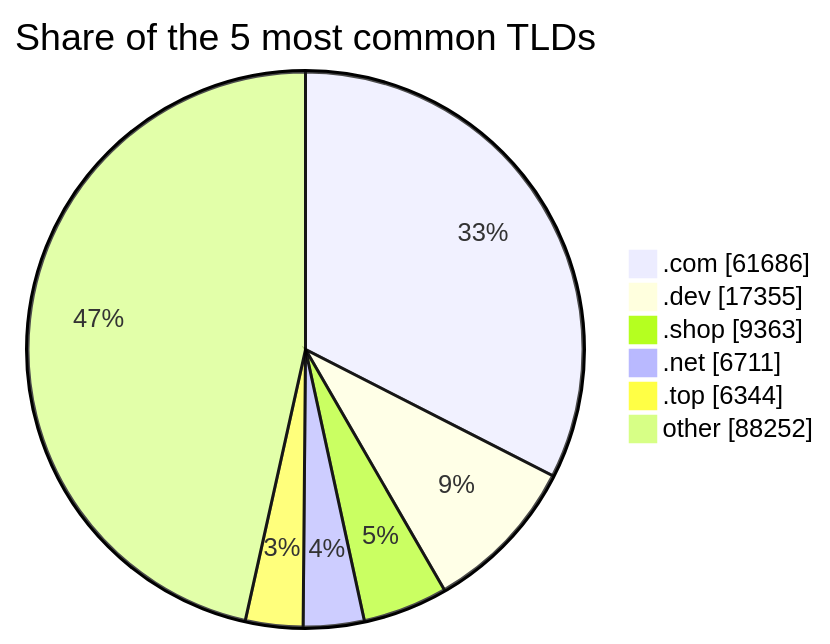
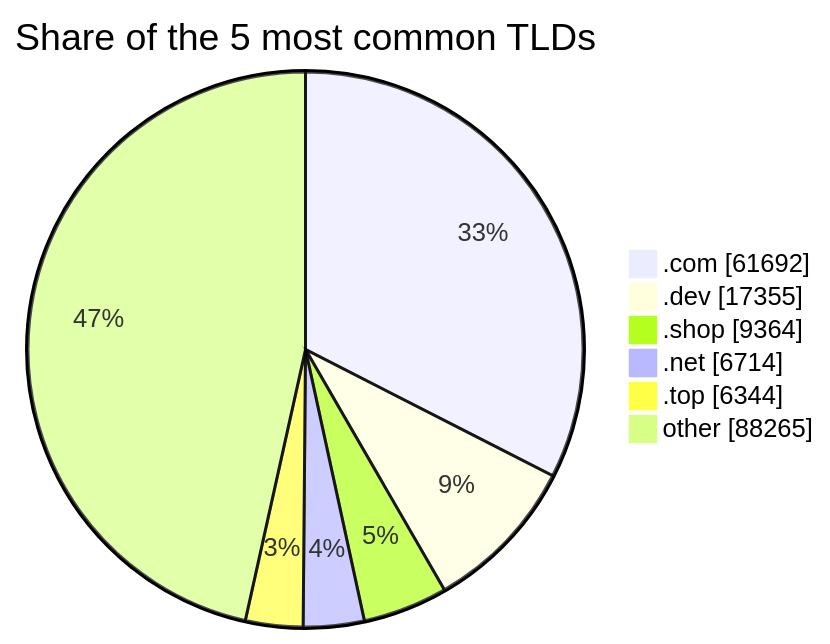
One commit to DNSBunker/CTI changed the third of 3 diagrams in README.md. Above: the diagram before and after it, drawn with Mermaid. The commit also changed other lines of this file and 3 other files, not shown here.

````diff
--- a/README.md
+++ b/README.md
@@ -81,9 +81,9 @@
 ```mermaid
 pie showData title Share of the 5 most common TLDs
-    ".com" : 61686
+    ".com" : 61692
     ".dev" : 17355
-    ".shop" : 9363
-    ".net" : 6711
+    ".shop" : 9364
+    ".net" : 6714
     ".top" : 6344
-    "other" : 88252
+    "other" : 88265
 ```
````
